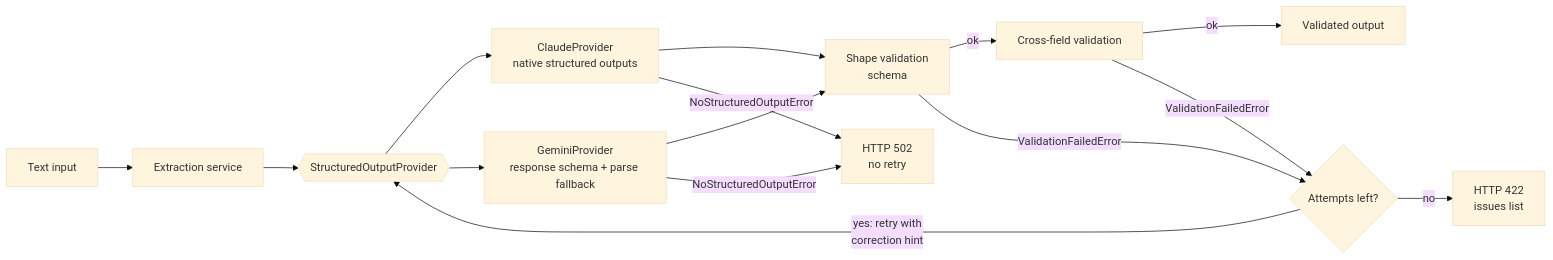
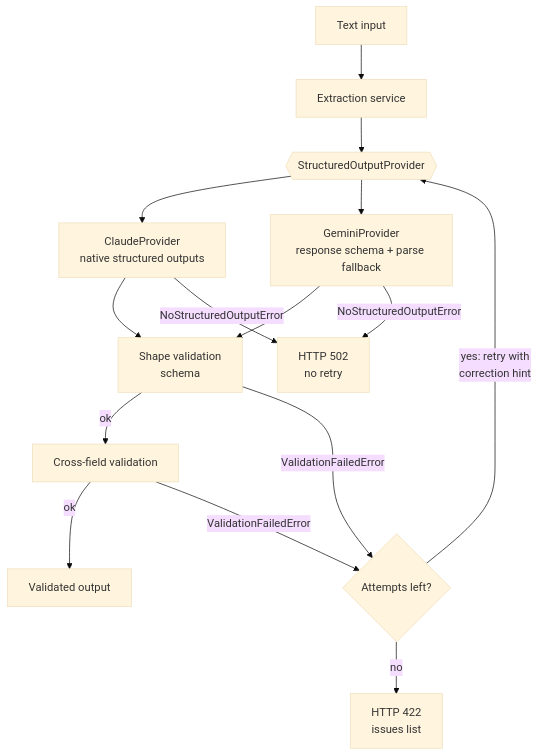
The diagram in README.md (giuBracale/ai-platform-architecture), drawn with Mermaid (base theme) before and after one commit.

Commit message:
docs: vertical layout for flow diagram
Updated flowchart direction in README.md

````diff
--- a/README.md
+++ b/README.md
@@ -28,17 +28,17 @@
 ```mermaid
-flowchart LR
+flowchart TD
     A[Text input] --> B[Extraction service]
     B --> C{{StructuredOutputProvider}}
     C --> C1[ClaudeProvider<br/>native structured outputs]
     C --> C2[GeminiProvider<br/>response schema + parse fallback]
     C1 --> D[Shape validation<br/>schema]
     C2 --> D
     D -->|ok| E[Cross-field validation]
     E -->|ok| F[Validated output]
     D -->|ValidationFailedError| R{Attempts left?}
     E -->|ValidationFailedError| R
     R -->|yes: retry with<br/>correction hint| C
     R -->|no| X1[HTTP 422<br/>issues list]
     C1 -->|NoStructuredOutputError| X2[HTTP 502<br/>no retry]
     C2 -->|NoStructuredOutputError| X2
 ```
````
